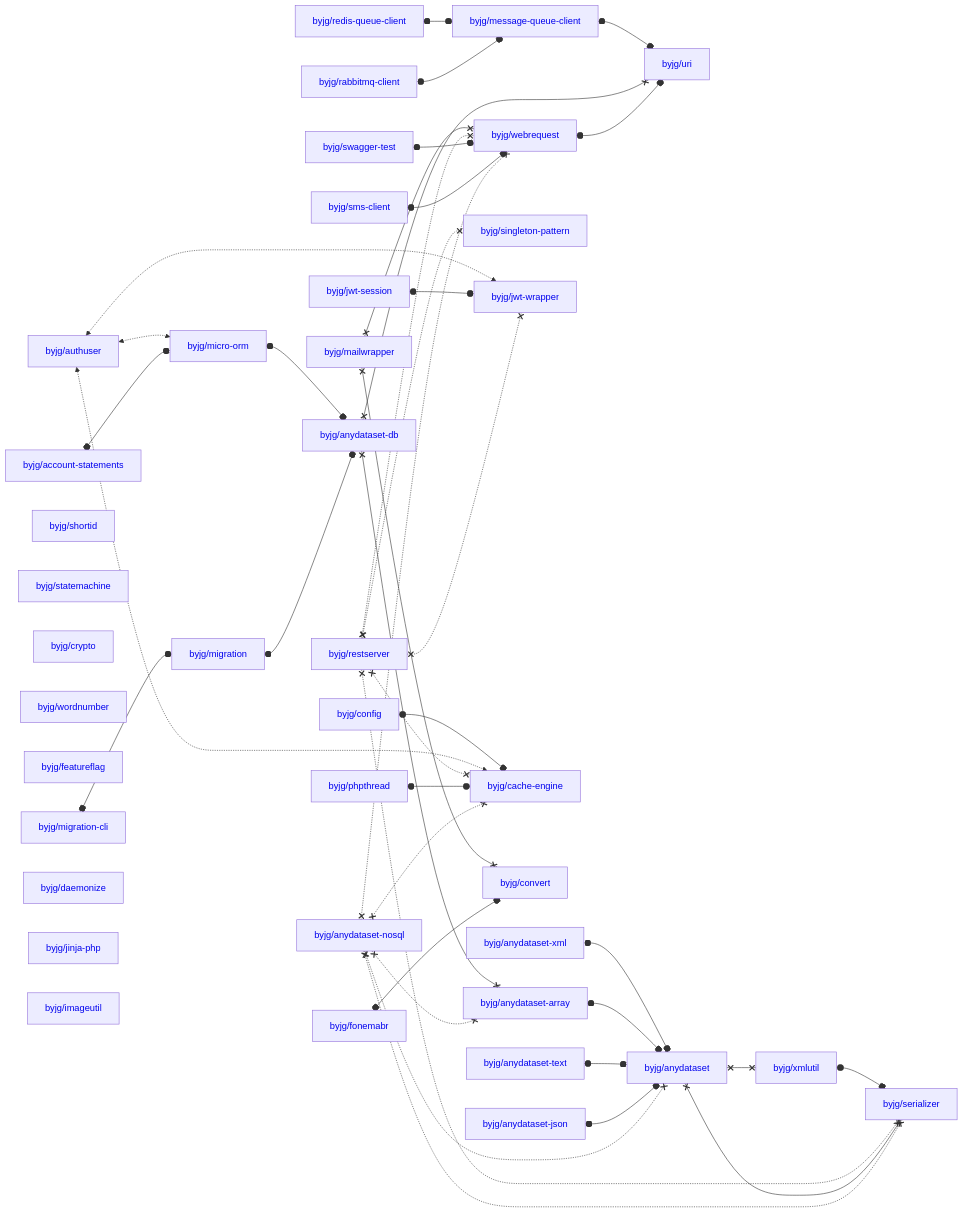
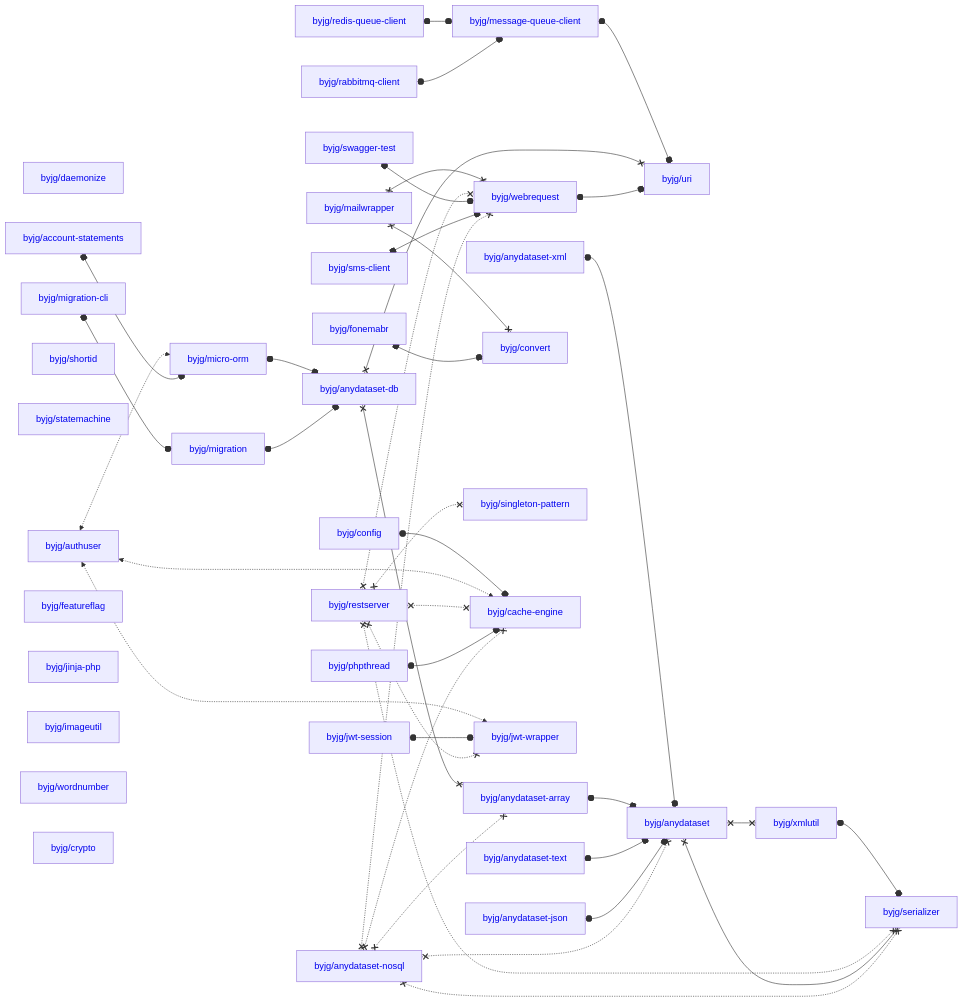
Before and after one commit to byjg/byjg.github.io: the diagram in docs/php/README.md, drawn with Mermaid. The commit also changed other lines of this file and 2 other files, not shown here.

Commit message:
Update documentation 'php' 'php-micro-orm'

````diff
--- a/docs/php/README.md
+++ b/docs/php/README.md
@@ -3,80 +3,80 @@
 ```mermaid
 graph LR;
-  byjg/anydataset-text[<a href='https://opensource.byjg.com/docs/php/anydataset-text' style='text-decoration:none'>byjg/anydataset-text</a>];
+  byjg/redis-queue-client[<a href='https://opensource.byjg.com/docs/php/redis-queue-client' style='text-decoration:none'>byjg/redis-queue-client</a>];
+  byjg/daemonize[<a href='https://opensource.byjg.com/docs/php/daemonize' style='text-decoration:none'>byjg/daemonize</a>];
   byjg/authuser[<a href='https://opensource.byjg.com/docs/php/authuser' style='text-decoration:none'>byjg/authuser</a>];
-  byjg/anydataset-xml[<a href='https://opensource.byjg.com/docs/php/anydataset-xml' style='text-decoration:none'>byjg/anydataset-xml</a>];
-  byjg/migration-cli[<a href='https://opensource.byjg.com/docs/php/migration-cli' style='text-decoration:none'>byjg/migration-cli</a>];
-  byjg/redis-queue-client[<a href='https://opensource.byjg.com/docs/php/redis-queue-client' style='text-decoration:none'>byjg/redis-queue-client</a>];
+  byjg/config[<a href='https://opensource.byjg.com/docs/php/config' style='text-decoration:none'>byjg/config</a>];
+  byjg/account-statements[<a href='https://opensource.byjg.com/docs/php/account-statements' style='text-decoration:none'>byjg/account-statements</a>];
+  byjg/phpthread[<a href='https://opensource.byjg.com/docs/php/phpthread' style='text-decoration:none'>byjg/phpthread</a>];
+  byjg/anydataset-nosql[<a href='https://opensource.byjg.com/docs/php/anydataset-nosql' style='text-decoration:none'>byjg/anydataset-nosql</a>];
   byjg/shortid[<a href='https://opensource.byjg.com/docs/php/shortid' style='text-decoration:none'>byjg/shortid</a>];
   byjg/statemachine[<a href='https://opensource.byjg.com/docs/php/statemachine' style='text-decoration:none'>byjg/statemachine</a>];
+  byjg/migration-cli[<a href='https://opensource.byjg.com/docs/php/migration-cli' style='text-decoration:none'>byjg/migration-cli</a>];
+  byjg/rabbitmq-client[<a href='https://opensource.byjg.com/docs/php/rabbitmq-client' style='text-decoration:none'>byjg/rabbitmq-client</a>];
+  byjg/anydataset-json[<a href='https://opensource.byjg.com/docs/php/anydataset-json' style='text-decoration:none'>byjg/anydataset-json</a>];
+  byjg/anydataset-text[<a href='https://opensource.byjg.com/docs/php/anydataset-text' style='text-decoration:none'>byjg/anydataset-text</a>];
+  byjg/mailwrapper[<a href='https://opensource.byjg.com/docs/php/mailwrapper' style='text-decoration:none'>byjg/mailwrapper</a>];
+  byjg/fonemabr[<a href='https://opensource.byjg.com/docs/php/fonemabr' style='text-decoration:none'>byjg/fonemabr</a>];
+  byjg/featureflag[<a href='https://opensource.byjg.com/docs/php/featureflag' style='text-decoration:none'>byjg/featureflag</a>];
+  byjg/jinja-php[<a href='https://opensource.byjg.com/docs/php/jinja-php' style='text-decoration:none'>byjg/jinja-php</a>];
   byjg/jwt-session[<a href='https://opensource.byjg.com/docs/php/jwt-session' style='text-decoration:none'>byjg/jwt-session</a>];
+  byjg/swagger-test[<a href='https://opensource.byjg.com/docs/php/swagger-test' style='text-decoration:none'>byjg/swagger-test</a>];
+  byjg/restserver[<a href='https://opensource.byjg.com/docs/php/restserver' style='text-decoration:none'>byjg/restserver</a>];
+  byjg/imageutil[<a href='https://opensource.byjg.com/docs/php/imageutil' style='text-decoration:none'>byjg/imageutil</a>];
+  byjg/wordnumber[<a href='https://opensource.byjg.com/docs/php/wordnumber' style='text-decoration:none'>byjg/wordnumber</a>];
   byjg/crypto[<a href='https://opensource.byjg.com/docs/php/crypto' style='text-decoration:none'>byjg/crypto</a>];
-  byjg/wordnumber[<a href='https://opensource.byjg.com/docs/php/wordnumber' style='text-decoration:none'>byjg/wordnumber</a>];
-  byjg/config[<a href='https://opensource.byjg.com/docs/php/config' style='text-decoration:none'>byjg/config</a>];
-  byjg/anydataset-nosql[<a href='https://opensource.byjg.com/docs/php/anydataset-nosql' style='text-decoration:none'>byjg/anydataset-nosql</a>];
-  byjg/featureflag[<a href='https://opensource.byjg.com/docs/php/featureflag' style='text-decoration:none'>byjg/featureflag</a>];
-  byjg/restserver[<a href='https://opensource.byjg.com/docs/php/restserver' style='text-decoration:none'>byjg/restserver</a>];
-  byjg/phpthread[<a href='https://opensource.byjg.com/docs/php/phpthread' style='text-decoration:none'>byjg/phpthread</a>];
-  byjg/account-statements[<a href='https://opensource.byjg.com/docs/php/account-statements' style='text-decoration:none'>byjg/account-statements</a>];
-  byjg/swagger-test[<a href='https://opensource.byjg.com/docs/php/swagger-test' style='text-decoration:none'>byjg/swagger-test</a>];
-  byjg/daemonize[<a href='https://opensource.byjg.com/docs/php/daemonize' style='text-decoration:none'>byjg/daemonize</a>];
-  byjg/jinja-php[<a href='https://opensource.byjg.com/docs/php/jinja-php' style='text-decoration:none'>byjg/jinja-php</a>];
-  byjg/mailwrapper[<a href='https://opensource.byjg.com/docs/php/mailwrapper' style='text-decoration:none'>byjg/mailwrapper</a>];
-  byjg/anydataset-json[<a href='https://opensource.byjg.com/docs/php/anydataset-json' style='text-decoration:none'>byjg/anydataset-json</a>];
-  byjg/imageutil[<a href='https://opensource.byjg.com/docs/php/imageutil' style='text-decoration:none'>byjg/imageutil</a>];
-  byjg/fonemabr[<a href='https://opensource.byjg.com/docs/php/fonemabr' style='text-decoration:none'>byjg/fonemabr</a>];
+  byjg/anydataset-xml[<a href='https://opensource.byjg.com/docs/php/anydataset-xml' style='text-decoration:none'>byjg/anydataset-xml</a>];
   byjg/sms-client[<a href='https://opensource.byjg.com/docs/php/sms-client' style='text-decoration:none'>byjg/sms-client</a>];
-  byjg/rabbitmq-client[<a href='https://opensource.byjg.com/docs/php/rabbitmq-client' style='text-decoration:none'>byjg/rabbitmq-client</a>];
+  byjg/micro-orm[<a href='https://opensource.byjg.com/docs/php/micro-orm' style='text-decoration:none'>byjg/micro-orm</a>];
   byjg/migration[<a href='https://opensource.byjg.com/docs/php/migration' style='text-decoration:none'>byjg/migration</a>];
+  byjg/message-queue-client[<a href='https://opensource.byjg.com/docs/php/message-queue-client' style='text-decoration:none'>byjg/message-queue-client</a>];
+  byjg/convert[<a href='https://opensource.byjg.com/docs/php/convert' style='text-decoration:none'>byjg/convert</a>];
   byjg/singleton-pattern[<a href='https://opensource.byjg.com/docs/php/singleton-pattern' style='text-decoration:none'>byjg/singleton-pattern</a>];
+  byjg/cache-engine[<a href='https://opensource.byjg.com/docs/php/cache-engine' style='text-decoration:none'>byjg/cache-engine</a>];
   byjg/jwt-wrapper[<a href='https://opensource.byjg.com/docs/php/jwt-wrapper' style='text-decoration:none'>byjg/jwt-wrapper</a>];
-  byjg/cache-engine[<a href='https://opensource.byjg.com/docs/php/cache-engine' style='text-decoration:none'>byjg/cache-engine</a>];
-  byjg/micro-orm[<a href='https://opensource.byjg.com/docs/php/micro-orm' style='text-decoration:none'>byjg/micro-orm</a>];
-  byjg/convert[<a href='https://opensource.byjg.com/docs/php/convert' style='text-decoration:none'>byjg/convert</a>];
   byjg/webrequest[<a href='https://opensource.byjg.com/docs/php/webrequest' style='text-decoration:none'>byjg/webrequest</a>];
-  byjg/message-queue-client[<a href='https://opensource.byjg.com/docs/php/message-queue-client' style='text-decoration:none'>byjg/message-queue-client</a>];
   byjg/anydataset-db[<a href='https://opensource.byjg.com/docs/php/anydataset-db' style='text-decoration:none'>byjg/anydataset-db</a>];
   byjg/anydataset-array[<a href='https://opensource.byjg.com/docs/php/anydataset-array' style='text-decoration:none'>byjg/anydataset-array</a>];
   byjg/uri[<a href='https://opensource.byjg.com/docs/php/uri' style='text-decoration:none'>byjg/uri</a>];
   byjg/anydataset[<a href='https://opensource.byjg.com/docs/php/anydataset' style='text-decoration:none'>byjg/anydataset</a>];
   byjg/xmlutil[<a href='https://opensource.byjg.com/docs/php/xmlutil' style='text-decoration:none'>byjg/xmlutil</a>];
   byjg/serializer[<a href='https://opensource.byjg.com/docs/php/serializer' style='text-decoration:none'>byjg/serializer</a>];
   byjg/anydataset-xml o--o byjg/anydataset;
   byjg/config o--o byjg/cache-engine;
   byjg/authuser <-.-> byjg/micro-orm;
   byjg/authuser <-.-> byjg/cache-engine;
   byjg/authuser <-.-> byjg/jwt-wrapper;
   byjg/jwt-session o--o byjg/jwt-wrapper;
   byjg/redis-queue-client o--o byjg/message-queue-client;
   byjg/xmlutil o--o byjg/serializer;
   byjg/anydataset-array o--o byjg/anydataset;
   byjg/anydataset-text o--o byjg/anydataset;
   byjg/mailwrapper x--x byjg/convert;
   byjg/mailwrapper x--x byjg/webrequest;
   byjg/restserver x-.-x byjg/serializer;
   byjg/restserver x-.-x byjg/singleton-pattern;
   byjg/restserver x-.-x byjg/cache-engine;
   byjg/restserver x-.-x byjg/webrequest;
   byjg/restserver x-.-x byjg/jwt-wrapper;
   byjg/anydataset x--x byjg/serializer;
   byjg/anydataset x--x byjg/xmlutil;
   byjg/micro-orm o--o byjg/anydataset-db;
   byjg/phpthread o--o byjg/cache-engine;
   byjg/anydataset-json o--o byjg/anydataset;
   byjg/swagger-test o--o byjg/webrequest;
   byjg/fonemabr o--o byjg/convert;
   byjg/account-statements o--o byjg/micro-orm;
   byjg/sms-client o--o byjg/webrequest;
   byjg/migration-cli o--o byjg/migration;
   byjg/message-queue-client o--o byjg/uri;
   byjg/anydataset-db x--x byjg/anydataset-array;
   byjg/anydataset-db x--x byjg/uri;
   byjg/webrequest o--o byjg/uri;
   byjg/migration o--o byjg/anydataset-db;
   byjg/rabbitmq-client o--o byjg/message-queue-client;
   byjg/anydataset-nosql x-.-x byjg/anydataset;
   byjg/anydataset-nosql x-.-x byjg/anydataset-array;
   byjg/anydataset-nosql x-.-x byjg/serializer;
   byjg/anydataset-nosql x-.-x byjg/webrequest;
   byjg/anydataset-nosql x-.-x byjg/cache-engine;
 ```
````
